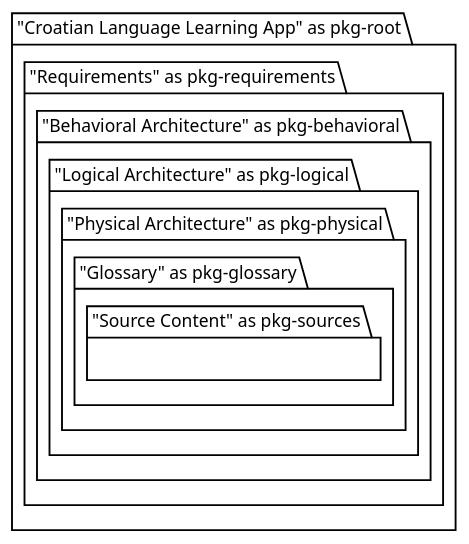
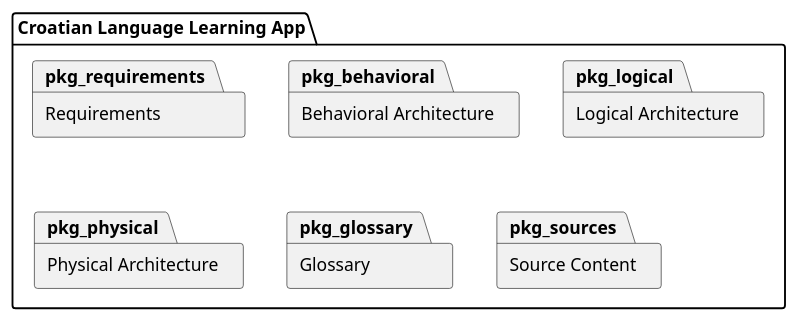
Before and after one commit to pixel7777/SysMLcheap: the diagram in diagrams/package-structure.puml, drawn with PlantUML. The commit also changed 14 other files, not shown here.

Commit message:
Fix: replace hyphens with underscores in all IDs (PlantUML compatibility)

```diff
--- a/diagrams/package-structure.puml
+++ b/diagrams/package-structure.puml
@@ -1,12 +1,12 @@
 @startuml Package Structure
 
-package "Croatian Language Learning App" as pkg-root {
-  package "Requirements" as pkg-requirements
-  package "Behavioral Architecture" as pkg-behavioral
-  package "Logical Architecture" as pkg-logical
-  package "Physical Architecture" as pkg-physical
-  package "Glossary" as pkg-glossary
-  package "Source Content" as pkg-sources
+package "Croatian Language Learning App" as pkg_root {
+  package "Requirements" as pkg_requirements
+  package "Behavioral Architecture" as pkg_behavioral
+  package "Logical Architecture" as pkg_logical
+  package "Physical Architecture" as pkg_physical
+  package "Glossary" as pkg_glossary
+  package "Source Content" as pkg_sources
 }
 
 @enduml
```
